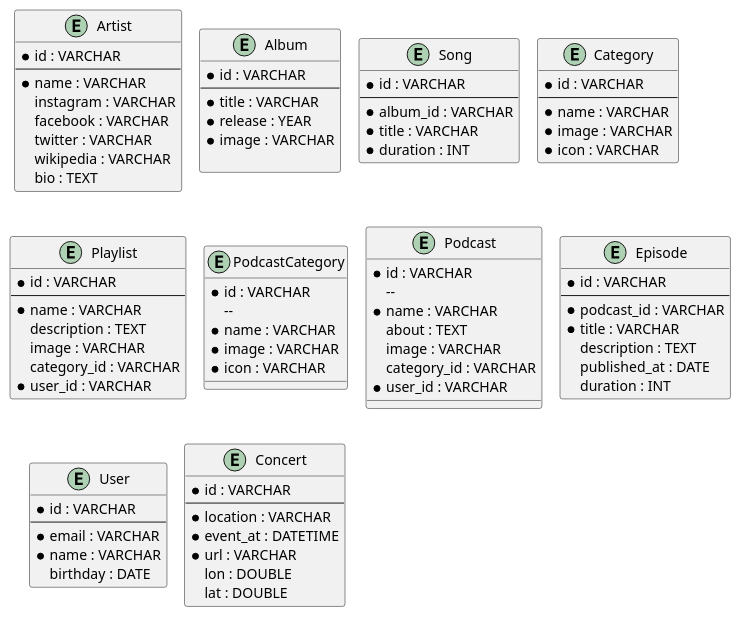
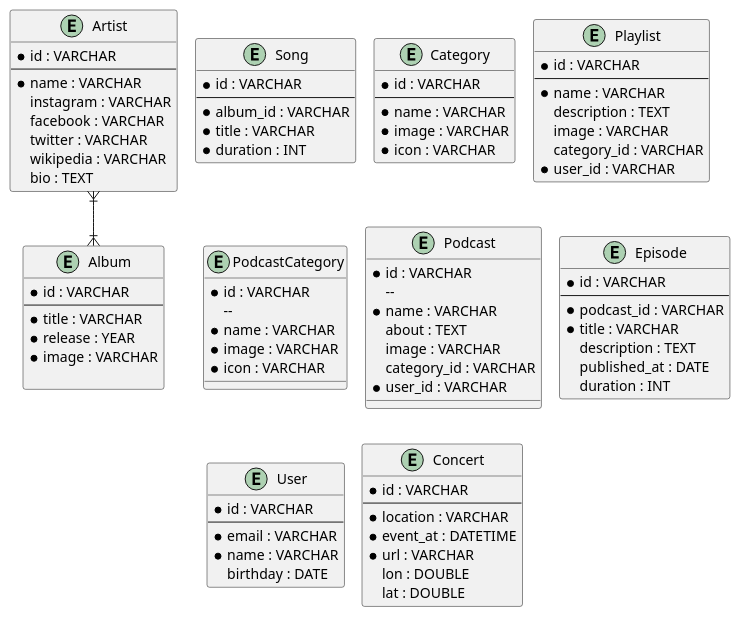
One commit to fkresna23/database-design-spotify changed the diagram in spotify.puml. Above: the diagram before and after it, drawn with PlantUML.

Commit message:
Relasi Entity Album

```diff
--- a/spotify.puml
+++ b/spotify.puml
@@ -1,94 +1,96 @@
 @startuml
 !pragma layout smetana
 entity Artist {
     * id : VARCHAR
     --
     * name : VARCHAR
     instagram : VARCHAR
     facebook : VARCHAR
     twitter : VARCHAR
     wikipedia : VARCHAR
     bio : TEXT
 }
 
 entity Album {
     * id : VARCHAR
     --
     * title : VARCHAR
     * release : YEAR
     * image : VARCHAR
 
 }
 
 entity Song {
     * id : VARCHAR
     --
     * album_id : VARCHAR
     * title : VARCHAR
     * duration : INT
 }
 
 entity Category {
     * id : VARCHAR
     --
     * name : VARCHAR
     * image : VARCHAR
     * icon : VARCHAR
 }
 
 entity Playlist {
     * id : VARCHAR
     --
     * name : VARCHAR
     description : TEXT
     image : VARCHAR
     category_id : VARCHAR
     * user_id : VARCHAR
 }
 
 entity PodcastCategory {
      * id : VARCHAR
         --
      * name : VARCHAR
      * image : VARCHAR
      * icon : VARCHAR
 }
 
 entity Podcast {
     * id : VARCHAR
         --
     * name : VARCHAR
     about : TEXT
     image : VARCHAR
     category_id : VARCHAR
     * user_id : VARCHAR
 }
 
 entity Episode {
     * id : VARCHAR
     --
     * podcast_id : VARCHAR
     * title : VARCHAR
     description : TEXT
     published_at : DATE
     duration : INT
 }
 
 entity User {
     * id : VARCHAR
     --
     * email : VARCHAR
     * name : VARCHAR
     birthday : DATE
 }
 
 entity Concert {
     * id : VARCHAR
     --
     * location : VARCHAR
     * event_at : DATETIME
     * url : VARCHAR
     lon : DOUBLE
     lat : DOUBLE
 }
+
+Artist }|--|{ Album
 @enduml
```
